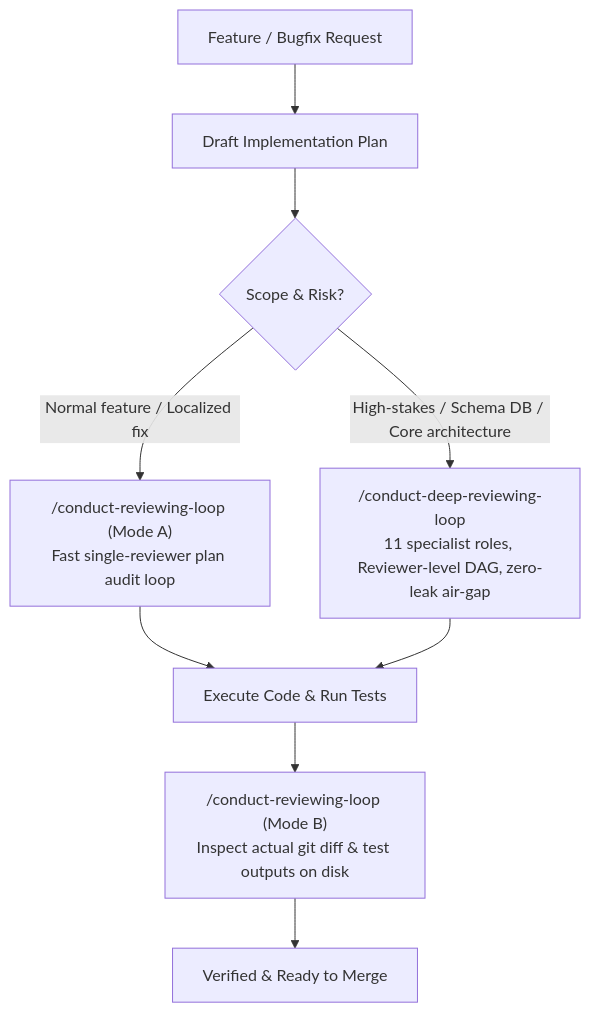
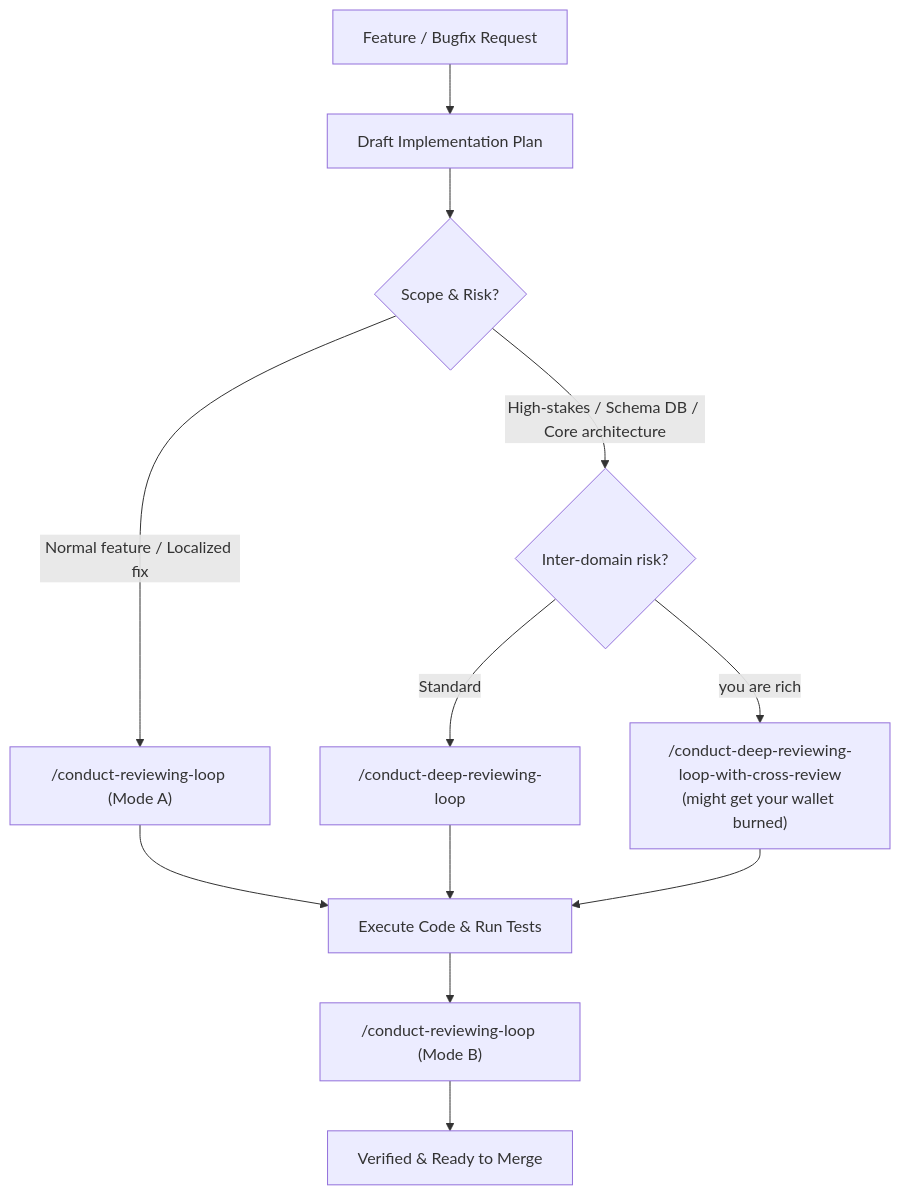
The diagram in README.md (loerei/conduct-reviewing-loop), drawn with Mermaid before and after one commit. The commit also changed other lines of this file and 41 other files, not shown here.

Commit message:
feat: add conduct-deep-reviewing-loop-with-cross-review skill and update README

````diff
--- a/README.md
+++ b/README.md
@@ -34,14 +32,17 @@
 ```mermaid
 flowchart TD
     Idea["Feature / Bugfix Request"] --> Plan["Draft Implementation Plan"]
     Plan --> Decision{"Scope & Risk?"}
     
-    Decision -->|"Normal feature / Localized fix"| ModeA["/conduct-reviewing-loop (Mode A)<br/>Fast single-reviewer plan audit loop"]
-    Decision -->|"High-stakes / Schema DB / Core architecture"| Deep["/conduct-deep-reviewing-loop<br/>11 specialist roles, Reviewer-level DAG, zero-leak air-gap"]
+    Decision -->|"Normal feature / Localized fix"| ModeA["/conduct-reviewing-loop (Mode A)"]
+    Decision -->|"High-stakes / Schema DB / Core architecture"| DeepChoice{"Inter-domain risk?"}
+    DeepChoice -->|"Standard"| Deep["/conduct-deep-reviewing-loop"]
+    DeepChoice -->|"you are rich"| Cross["/conduct-deep-reviewing-loop-with-cross-review<br/>(might get your wallet burned)"]
     
     ModeA --> Implement["Execute Code & Run Tests"]
     Deep --> Implement
+    Cross --> Implement
     
-    Implement --> ModeB["/conduct-reviewing-loop (Mode B)<br/>Inspect actual git diff & test outputs on disk"]
+    Implement --> ModeB["/conduct-reviewing-loop (Mode B)"]
     ModeB --> Done["Verified & Ready to Merge"]
 ```
````
